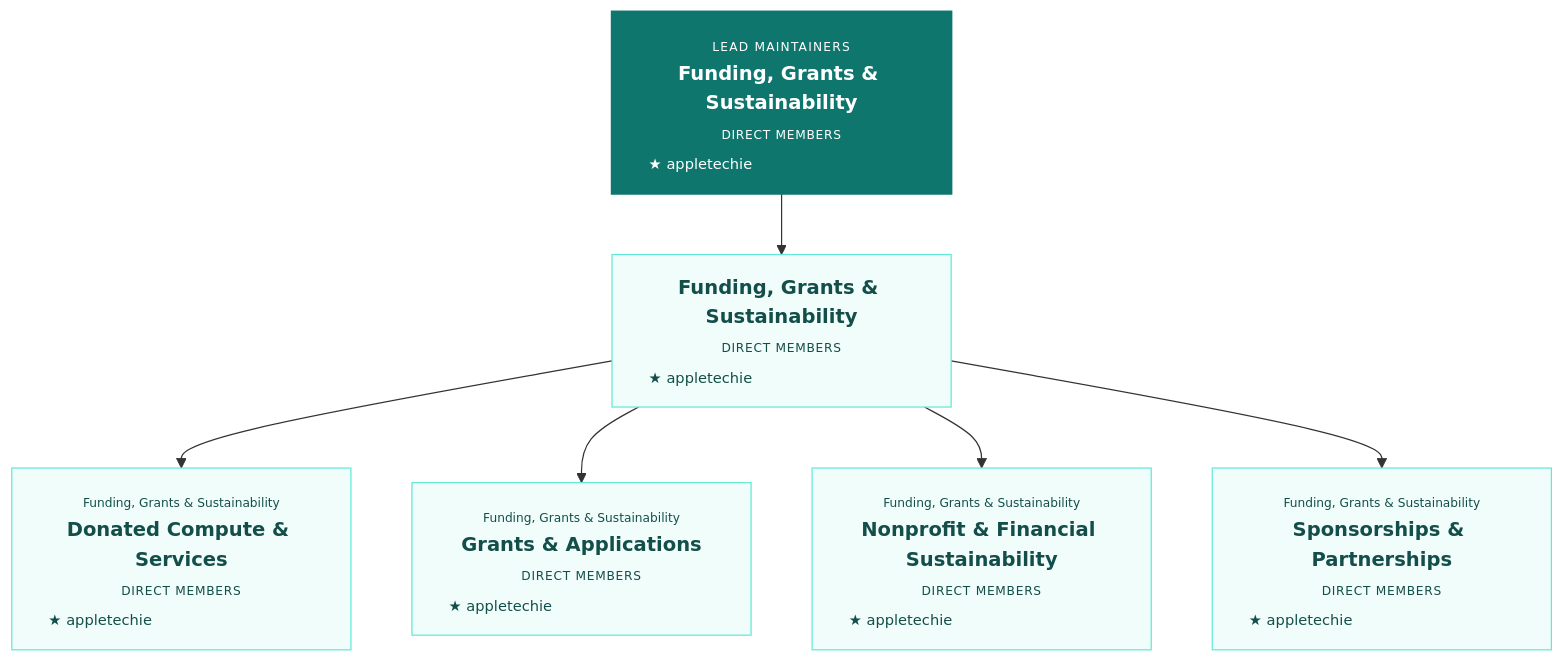
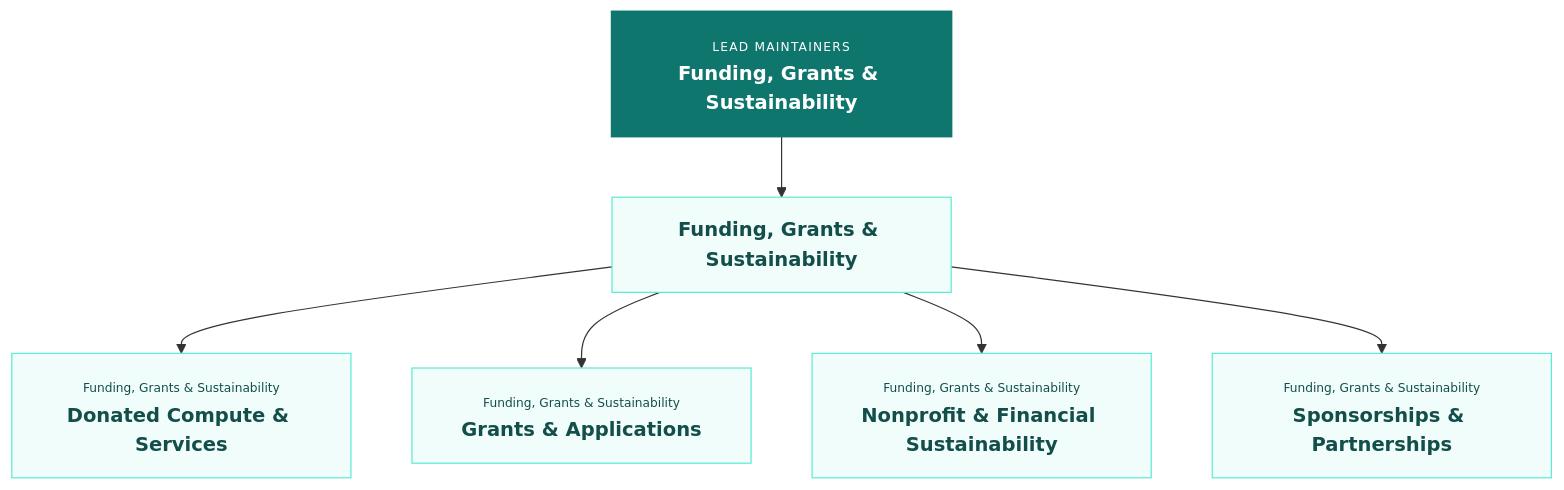
The diagram in docs/organization/snapshots/2026-10-29/area-funding-grants-sustainability.mmd (Pick-Your-AI/.github), drawn with Mermaid before and after one commit. The commit also changed 53 other files, not shown here.

Commit message:
Remove private membership data from public organization charts

```diff
--- a/docs/organization/snapshots/2026-10-29/area-funding-grants-sustainability.mmd
+++ b/docs/organization/snapshots/2026-10-29/area-funding-grants-sustainability.mmd
@@ -1,33 +1,33 @@
-%% Live GitHub snapshot 2026-10-30T02:33:56.069534+00:00
-%% Includes all direct members and pending invitees.
+%% Historical team hierarchy captured 2026-10-30T02:33:56.069534+00:00
+%% Public team structure only; personal data excluded.
 flowchart TB
- team_20184167["<div style='width:218px;text-align:center;line-height:1.5'><b>Funding, Grants &amp; Sustainability</b><br/><span style='font-size:10px;letter-spacing:0.6px'>DIRECT MEMBERS</span><div style='font-size:12px;text-align:left;margin-top:5px'>★ appletechie</div></div>"]:::research
- team_20423795["<div style='width:218px;text-align:center;line-height:1.5'><span style='font-size:10px'>Funding, Grants &amp; Sustainability</span><br/><b>Donated Compute &amp; Services</b><br/><span style='font-size:10px;letter-spacing:0.6px'>DIRECT MEMBERS</span><div style='font-size:12px;text-align:left;margin-top:5px'>★ appletechie</div></div>"]:::research
- team_20423786["<div style='width:218px;text-align:center;line-height:1.5'><span style='font-size:10px'>Funding, Grants &amp; Sustainability</span><br/><b>Grants &amp; Applications</b><br/><span style='font-size:10px;letter-spacing:0.6px'>DIRECT MEMBERS</span><div style='font-size:12px;text-align:left;margin-top:5px'>★ appletechie</div></div>"]:::research
- team_20423798["<div style='width:218px;text-align:center;line-height:1.5'><span style='font-size:10px'>Funding, Grants &amp; Sustainability</span><br/><b>Nonprofit &amp; Financial Sustainability</b><br/><span style='font-size:10px;letter-spacing:0.6px'>DIRECT MEMBERS</span><div style='font-size:12px;text-align:left;margin-top:5px'>★ appletechie</div></div>"]:::research
- team_20423793["<div style='width:218px;text-align:center;line-height:1.5'><span style='font-size:10px'>Funding, Grants &amp; Sustainability</span><br/><b>Sponsorships &amp; Partnerships</b><br/><span style='font-size:10px;letter-spacing:0.6px'>DIRECT MEMBERS</span><div style='font-size:12px;text-align:left;margin-top:5px'>★ appletechie</div></div>"]:::research
- team_20284775["<div style='width:218px;text-align:center;line-height:1.5'><span style='font-size:10px;letter-spacing:1px'>LEAD MAINTAINERS</span><br/><b>Funding, Grants &amp; Sustainability</b><br/><span style='font-size:10px;letter-spacing:0.6px'>DIRECT MEMBERS</span><div style='font-size:12px;text-align:left;margin-top:5px'>★ appletechie</div></div>"]:::researchLead
+ team_20184167["<div style='width:218px;text-align:center;line-height:1.5'><b>Funding, Grants &amp; Sustainability</b></div>"]:::research
+ team_20423795["<div style='width:218px;text-align:center;line-height:1.5'><span style='font-size:10px'>Funding, Grants &amp; Sustainability</span><br/><b>Donated Compute &amp; Services</b></div>"]:::research
+ team_20423786["<div style='width:218px;text-align:center;line-height:1.5'><span style='font-size:10px'>Funding, Grants &amp; Sustainability</span><br/><b>Grants &amp; Applications</b></div>"]:::research
+ team_20423798["<div style='width:218px;text-align:center;line-height:1.5'><span style='font-size:10px'>Funding, Grants &amp; Sustainability</span><br/><b>Nonprofit &amp; Financial Sustainability</b></div>"]:::research
+ team_20423793["<div style='width:218px;text-align:center;line-height:1.5'><span style='font-size:10px'>Funding, Grants &amp; Sustainability</span><br/><b>Sponsorships &amp; Partnerships</b></div>"]:::research
+ team_20284775["<div style='width:218px;text-align:center;line-height:1.5'><span style='font-size:10px;letter-spacing:1px'>LEAD MAINTAINERS</span><br/><b>Funding, Grants &amp; Sustainability</b></div>"]:::researchLead
  team_20284775 --> team_20184167
  team_20184167 --> team_20423795
  team_20184167 --> team_20423786
  team_20184167 --> team_20423798
  team_20184167 --> team_20423793
 
  classDef owner fill:#102f3e,stroke:#102f3e,color:#fff,stroke-width:2px;
  classDef governance fill:#edf2f7,stroke:#94a3b8,color:#243c4b;
  classDef researchLead fill:#0f766e,stroke:#0f766e,color:#fff,stroke-width:2px;
  classDef research fill:#f0fdfa,stroke:#5eead4,color:#134e4a;
  classDef webLead fill:#1d4ed8,stroke:#1d4ed8,color:#fff,stroke-width:2px;
  classDef web fill:#eff6ff,stroke:#93c5fd,color:#1e3a8a;
  classDef mobileLead fill:#6d28d9,stroke:#6d28d9,color:#fff,stroke-width:2px;
  classDef mobile fill:#f5f3ff,stroke:#c4b5fd,color:#4c1d95;
  classDef educationLead fill:#c2410c,stroke:#c2410c,color:#fff,stroke-width:2px;
  classDef education fill:#fff7ed,stroke:#fdba74,color:#7c2d12;
  classDef community fill:#fffbeb,stroke:#fbbf24,color:#78350f;
 
  click team_20184167 "https://github.com/orgs/Pick-Your-AI/teams/funding-grants-sustainability" "Funding, Grants &amp; Sustainability" _blank
  click team_20423795 "https://github.com/orgs/Pick-Your-AI/teams/funding-grants-sustainability-donated-compute-services" "Funding, Grants &amp; Sustainability - Donated Compute &amp; Services" _blank
  click team_20423786 "https://github.com/orgs/Pick-Your-AI/teams/funding-grants-sustainability-grants-applications" "Funding, Grants &amp; Sustainability - Grants &amp; Applications" _blank
  click team_20423798 "https://github.com/orgs/Pick-Your-AI/teams/funding-grants-sustainability-nonprofit-financial-sustainability" "Funding, Grants &amp; Sustainability - Nonprofit &amp; Financial Sustainability" _blank
  click team_20423793 "https://github.com/orgs/Pick-Your-AI/teams/funding-grants-sustainability-sponsorships-partnerships" "Funding, Grants &amp; Sustainability - Sponsorships &amp; Partnerships" _blank
  click team_20284775 "https://github.com/orgs/Pick-Your-AI/teams/lead-maintainers-funding-grants-sustainability" "Lead Maintainers - Funding, Grants &amp; Sustainability" _blank
```
